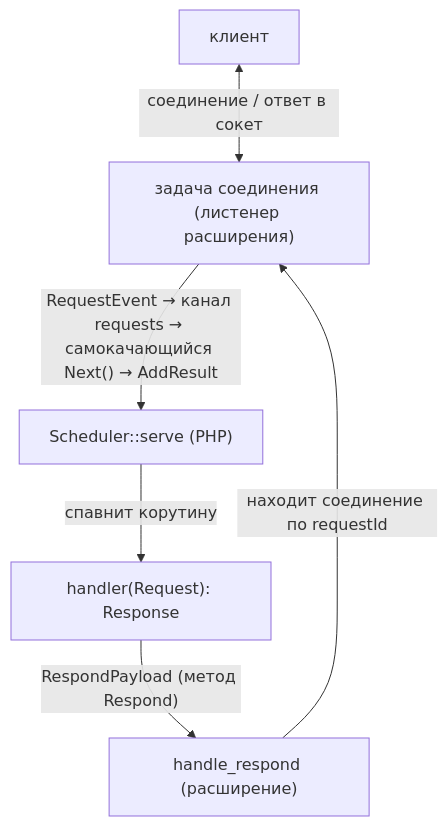
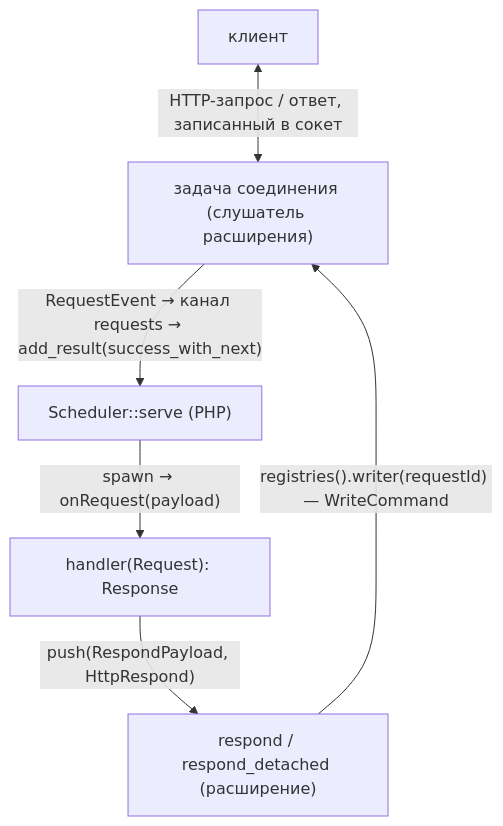
One commit to sprust/sconcur changed the diagram in docs/adding-a-server.ru.md. Above: the diagram before and after it, drawn with Mermaid. The commit also changed other lines of this file and 51 other files, not shown here.

````diff
--- a/docs/adding-a-server.ru.md
+++ b/docs/adding-a-server.ru.md
@@ -41,14 +43,14 @@
 ```mermaid
 flowchart TB
     client["клиент"]
-    serve["задача соединения (листенер расширения)"]
+    serve["задача соединения (слушатель расширения)"]
     sched["Scheduler::serve (PHP)"]
     handler["handler(Request): Response"]
-    respond["handle_respond (расширение)"]
+    respond["respond / respond_detached (расширение)"]
 
-    client <-->|"соединение / ответ в сокет"| serve
-    serve -->|"RequestEvent → канал requests → самокачающийся Next() → AddResult"| sched
-    sched -->|"спавнит корутину"| handler
-    handler -->|"RespondPayload (метод Respond)"| respond
-    respond -->|"находит соединение по requestId"| serve
+    client <-->|"HTTP-запрос / ответ, записанный в сокет"| serve
+    serve -->|"RequestEvent → канал requests → add_result(success_with_next)"| sched
+    sched -->|"spawn → onRequest(payload)"| handler
+    handler -->|"push(RespondPayload, HttpRespond)"| respond
+    respond -->|"registries().writer(requestId) — WriteCommand"| serve
 ```
````
